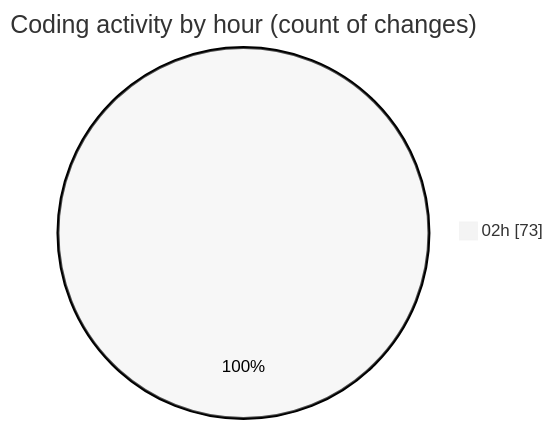
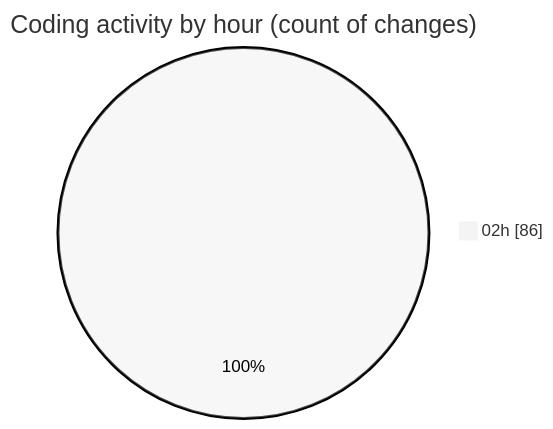
The second of 2 diagrams in 2025-07-20/defer/README.md (EIIisD/code-tracking), drawn with Mermaid (neutral theme) before and after one commit. The commit also changed other lines of this file and 1 other file, not shown here.

````diff
--- a/2025-07-20/defer/README.md
+++ b/2025-07-20/defer/README.md
@@ -46,5 +46,5 @@
 ```mermaid
 pie showData
 title Coding activity by hour (count of changes)
-"02h" : 73
+"02h" : 86
 ```
````
